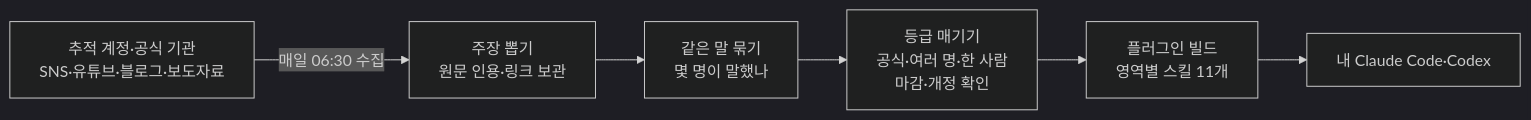
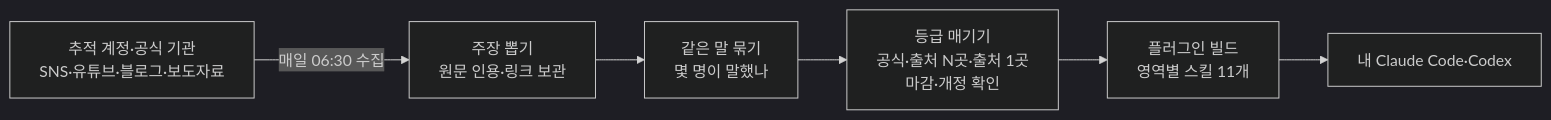
The diagram in README.md (n7business/botong-saram), drawn with Mermaid (dark theme) before and after one commit. The commit also changed other lines of this file and 5 other files, not shown here.

````diff
--- a/README.md
+++ b/README.md
@@ -76,8 +76,8 @@
 ```mermaid
 flowchart LR
     S[추적 계정·공식 기관<br/>SNS·유튜브·블로그·보도자료] -->|매일 06:30 수집| E[주장 뽑기<br/>원문 인용·링크 보관]
     E --> M[같은 말 묶기<br/>몇 명이 말했나]
-    M --> G[등급 매기기<br/>공식·여러 명·한 사람<br/>마감·개정 확인]
+    M --> G[등급 매기기<br/>공식·출처 N곳·출처 1곳<br/>마감·개정 확인]
     G --> P[플러그인 빌드<br/>영역별 스킬 11개]
     P --> U[내 Claude Code·Codex]
 ```
````
